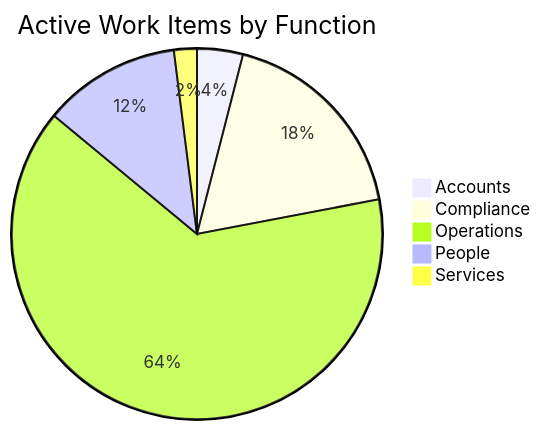
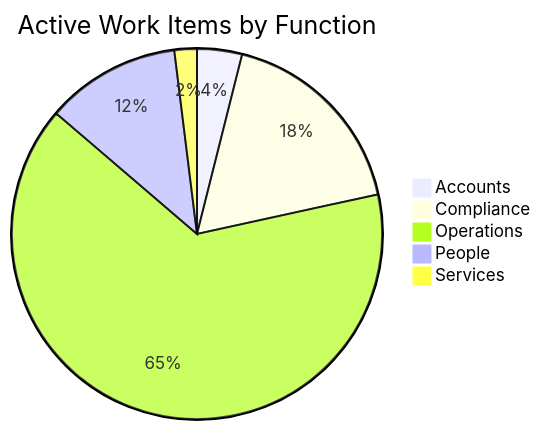
The first of 3 diagrams in dashboard.md (mgosal/5et.uk), drawn with Mermaid before and after one commit. The commit also changed other lines of this file and 2 other files, not shown here.

````diff
--- a/dashboard.md
+++ b/dashboard.md
@@ -101,8 +101,8 @@
 ```mermaid
 pie title Active Work Items by Function
     "Accounts" : 2
     "Compliance" : 9
-    "Operations" : 32
+    "Operations" : 33
     "People" : 6
     "Services" : 1
 ```
````
